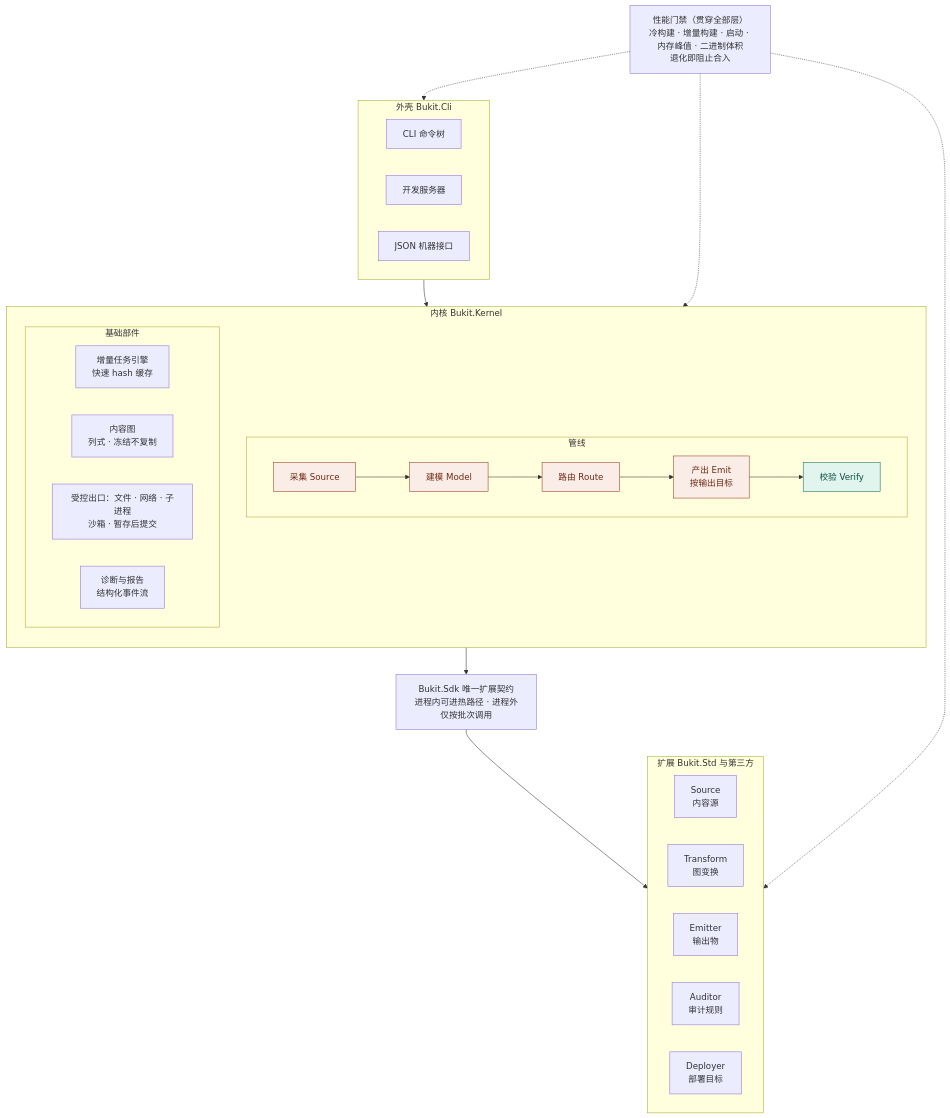
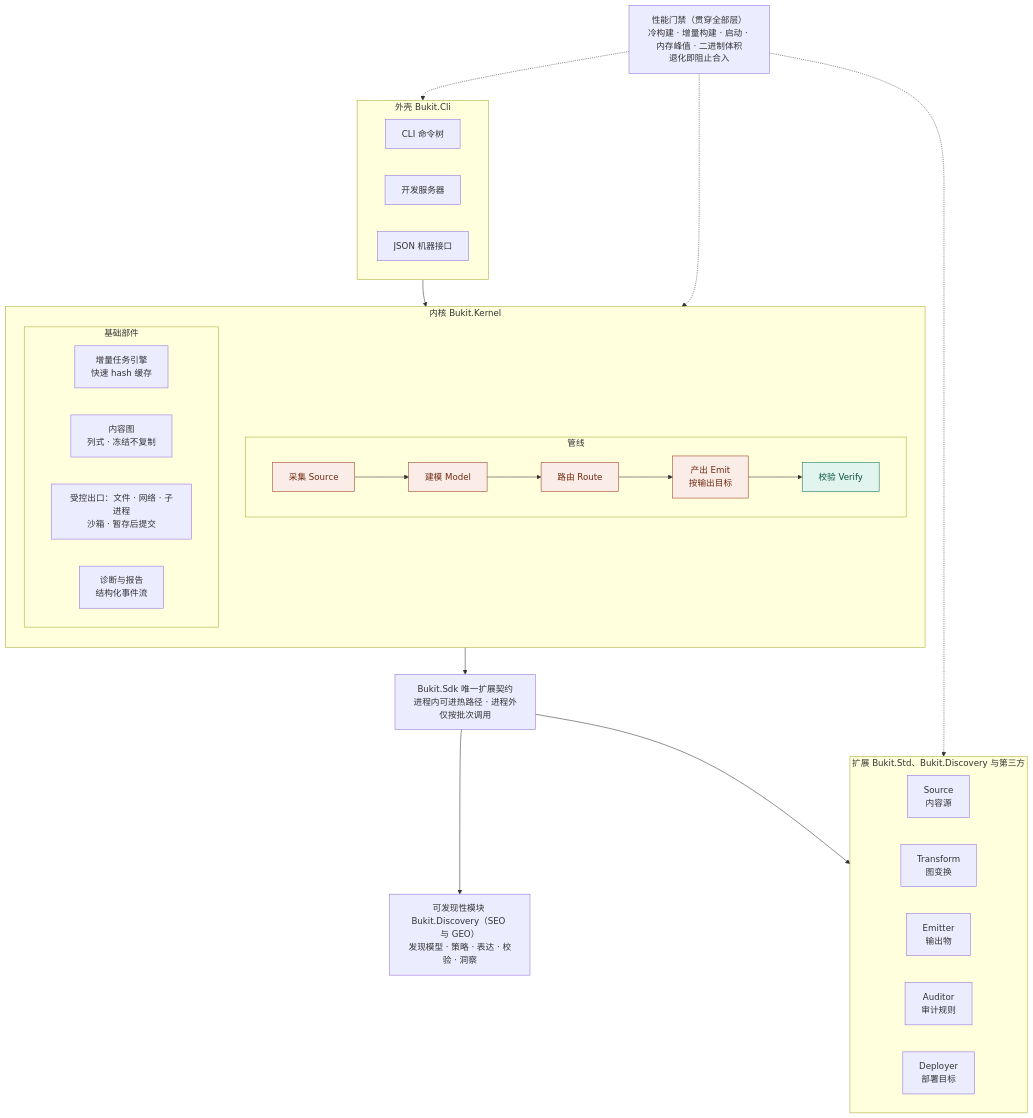
Before and after one commit to ALi365-SDN-BHD/Bukit: the first of 3 diagrams in docs/plans/2026-11-24-bukit-3.0-architecture-design.zh-CN.md, drawn with Mermaid. The commit also changed other lines of this file and 1 other file, not shown here.

````diff
--- a/docs/plans/2026-11-24-bukit-3.0-architecture-design.zh-CN.md
+++ b/docs/plans/2026-11-24-bukit-3.0-architecture-design.zh-CN.md
@@ -68,46 +68,49 @@
 ```mermaid
 flowchart TB
   subgraph Shell["外壳 Bukit.Cli"]
     CLI["CLI 命令树"]
     DEV["开发服务器"]
     API["JSON 机器接口"]
   end
 
   subgraph Kernel["内核 Bukit.Kernel"]
     direction TB
     subgraph Pipeline["管线"]
       direction LR
       S["采集 Source"] --> M["建模 Model"] --> R["路由 Route"] --> E["产出 Emit<br/>按输出目标"] --> V["校验 Verify"]
     end
     subgraph Base["基础部件"]
       direction LR
       ENG["增量任务引擎<br/>快速 hash 缓存"]
       GRAPH["内容图<br/>列式 · 冻结不复制"]
       VFS["受控出口：文件 · 网络 · 子进程<br/>沙箱 · 暂存后提交"]
       DIAG["诊断与报告<br/>结构化事件流"]
     end
   end
 
   SDK["Bukit.Sdk 唯一扩展契约<br/>进程内可进热路径 · 进程外仅按批次调用"]
 
-  subgraph Ext["扩展 Bukit.Std 与第三方"]
+  subgraph Ext["扩展 Bukit.Std、Bukit.Discovery 与第三方"]
     direction LR
     X1["Source<br/>内容源"]
     X2["Transform<br/>图变换"]
     X3["Emitter<br/>输出物"]
     X4["Auditor<br/>审计规则"]
     X5["Deployer<br/>部署目标"]
   end
 
   GATE["性能门禁（贯穿全部层）<br/>冷构建 · 增量构建 · 启动 · 内存峰值 · 二进制体积<br/>退化即阻止合入"]
 
+  DISC["可发现性模块 Bukit.Discovery（SEO 与 GEO）<br/>发现模型 · 策略 · 表达 · 校验 · 洞察"]
+
   Shell --> Kernel --> SDK --> Ext
+  SDK --> DISC
   GATE -.-> Shell
   GATE -.-> Kernel
   GATE -.-> Ext
 
   classDef hot fill:#FAECE7,stroke:#993C1D,color:#712B13
   classDef batch fill:#E1F5EE,stroke:#0F6E56,color:#085041
   class S,M,R,E hot
   class V batch
 ```
````
